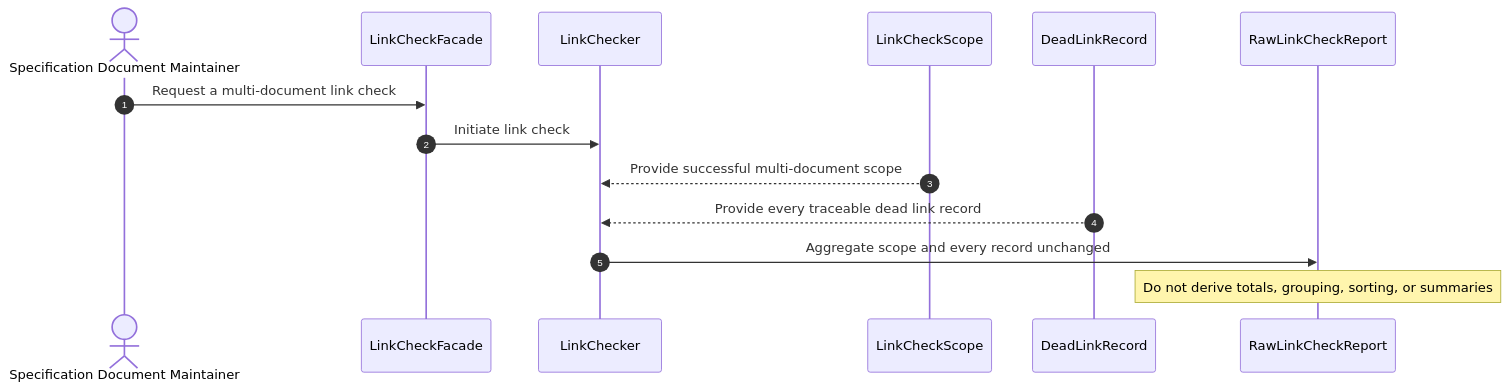
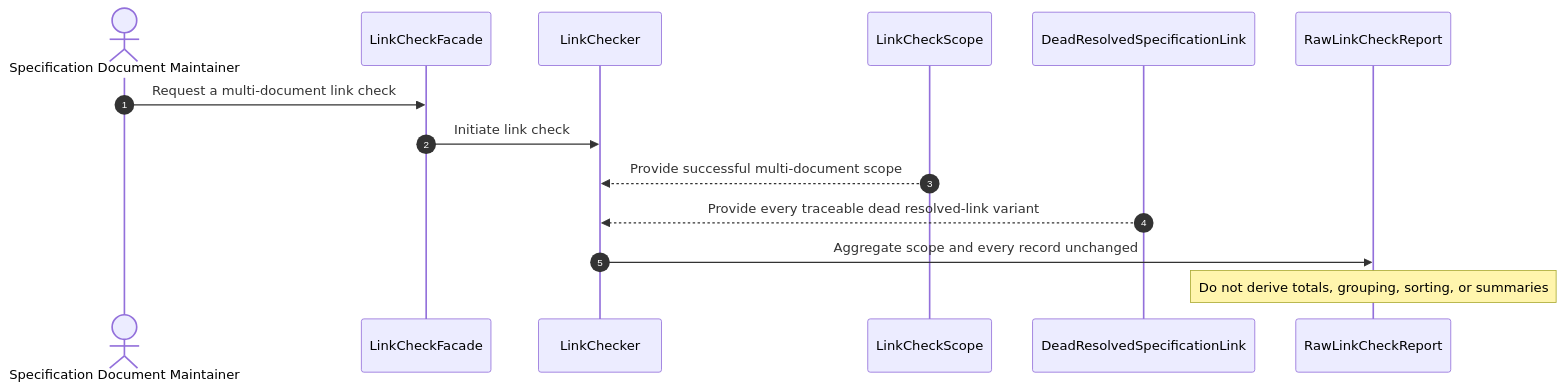
Diagram 36 of 43 in specs/md-linkage/design.md (huang-xiao-jian/bluey), drawn with Mermaid before and after one commit. The commit also changed other lines of this file and 10 other files, not shown here.

Commit message:
docs(md-linkage): unify resolved link outcomes

````diff
--- a/specs/md-linkage/design.md
+++ b/specs/md-linkage/design.md
@@ -1060,17 +1118,17 @@
 ```mermaid
 sequenceDiagram
     autonumber
     actor Maintainer as Specification Document Maintainer
     participant Submission as LinkCheckFacade
     participant Check as LinkChecker
     participant Scope as LinkCheckScope
-    participant Record as DeadLinkRecord
+    participant Record as DeadResolvedSpecificationLink
     participant Report as RawLinkCheckReport
 
     Maintainer->>Submission: Request a multi-document link check
     Submission->>Check: Initiate link check
     Scope-->>Check: Provide successful multi-document scope
-    Record-->>Check: Provide every traceable dead link record
+    Record-->>Check: Provide every traceable dead resolved-link variant
     Check->>Report: Aggregate scope and every record unchanged
     Note over Report: Do not derive totals, grouping, sorting, or summaries
 ```
````
